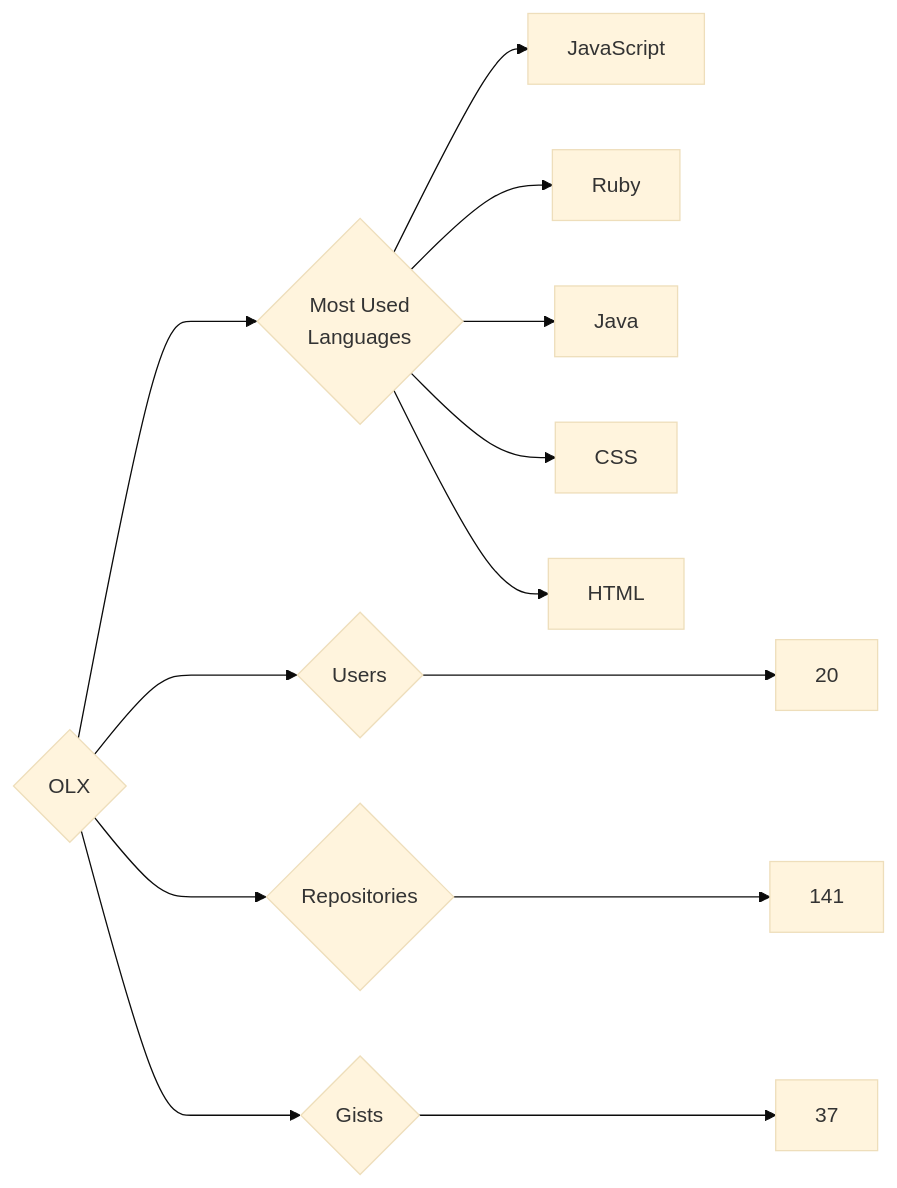
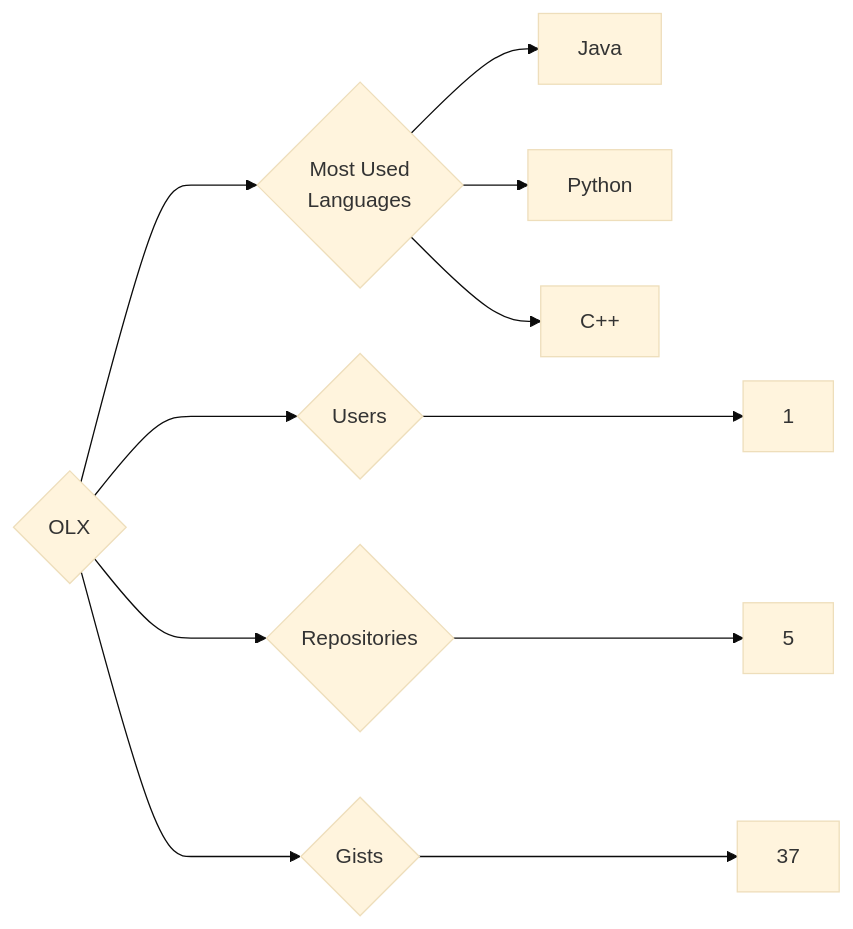
Before and after one commit to trickest/insiders: the diagram in targets/OLX/README.md, drawn with Mermaid (base theme). The commit also changed 928 other files, not shown here.

````diff
--- a/targets/OLX/README.md
+++ b/targets/OLX/README.md
@@ -3,13 +3,11 @@
 ```mermaid
 graph LR
 COMPANY_NAME{OLX}
-COMPANY_NAME ---> U{Users} ---> UN[20]
-COMPANY_NAME ---> R{Repositories} ---> RN[141]
+COMPANY_NAME ---> U{Users} ---> UN[1]
+COMPANY_NAME ---> R{Repositories} ---> RN[5]
 COMPANY_NAME ---> G{Gists} ---> GN[37]
 COMPANY_NAME ---> ML{Most Used<br>Languages}
-ML --> JavaScript[JavaScript]
-ML --> Ruby[Ruby]
 ML --> Java[Java]
-ML --> CSS[CSS]
-ML --> HTML[HTML]
+ML --> Python[Python]
+ML --> C++[C++]
 ```
````
